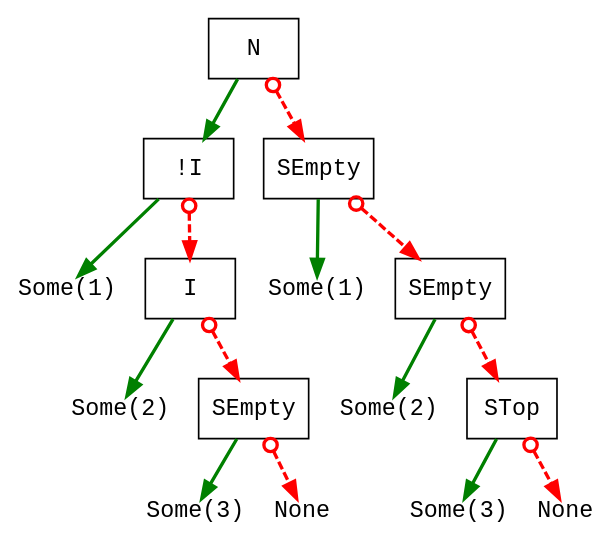
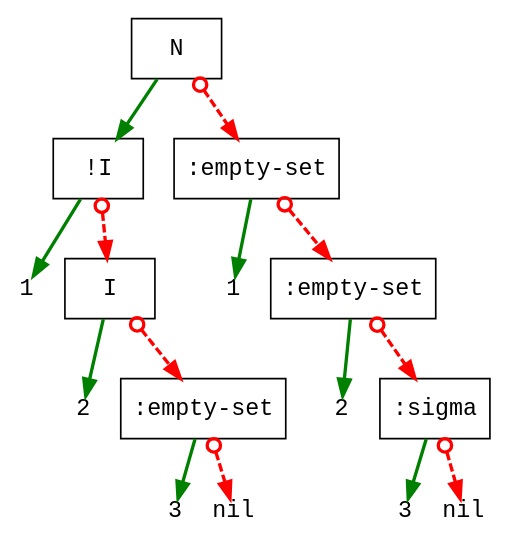
Before and after one commit to jimka2001/clojure-rte: the diagram in doc/reClojure.2025/reclojure.2025.slides.dot/ldd-4.dot, drawn with Graphviz. The commit also changed 13 other files, not shown here.

```diff
--- a/doc/reClojure.2025/reclojure.2025.slides.dot/ldd-4.dot
+++ b/doc/reClojure.2025/reclojure.2025.slides.dot/ldd-4.dot
@@ -1,53 +1,53 @@
 digraph G {
 node [ fontsize=14];
 bgcolor="#ffffff00" # RGBA (with alpha)
 
 8 [shape=box,label="N",fontname="Courier"]
 
 8 -> n1p [style=solid,color=green,penwidth=2]
 8 -> n1n [style=dashed,color=red,penwidth=2,arrowhead=normal,arrowtail=odot,dir=both]
 
 {rank=same n1p n1n }
 
 n1p [shape=box,label="!I",fontname="Courier"]
-n2p [shape=plain,label="Some(1)",fontname="Courier"]
+n2p [shape=plain,label="1",fontname="Courier"]
 n3p [shape=box,label="I",fontname="Courier"]
-n4p [shape=plain,label="Some(2)",fontname="Courier"]
-n5p [shape=box,label="SEmpty",fontname="Courier"]
-n6p [shape=plain,label="Some(3)",fontname="Courier"]
-n7p [shape=plain,label="None",fontname="Courier"]
+n4p [shape=plain,label="2",fontname="Courier"]
+n5p [shape=box,label=":empty-set",fontname="Courier"]
+n6p [shape=plain,label="3",fontname="Courier"]
+n7p [shape=plain,label="nil",fontname="Courier"]
 {rank=same n2p n3p }
 {rank=same n4p n5p }
 {rank=same n6p n7p }
 
 n1p -> n2p [style=solid,color=green,penwidth=2]
 n1p -> n3p [style=dashed,color=red,penwidth=2,arrowhead=normal,arrowtail=odot,dir=both]
 
 n3p -> n4p [style=solid,color=green,penwidth=2]
 n3p -> n5p [style=dashed,color=red,penwidth=2,arrowhead=normal,arrowtail=odot,dir=both]
 
 n5p -> n6p [style=solid,color=green,penwidth=2]
 n5p -> n7p [style=dashed,color=red,penwidth=2,arrowhead=normal,arrowtail=odot,dir=both]
 
 
-n1n [shape=box,label="SEmpty",fontname="Courier"]
-n2n [shape=plain,label="Some(1)",fontname="Courier"]
-n3n [shape=box,label="SEmpty",fontname="Courier"]
-n4n [shape=plain,label="Some(2)",fontname="Courier"]
-n5n [shape=box,label="STop",fontname="Courier"]
-n6n [shape=plain,label="Some(3)",fontname="Courier"]
-n7n [shape=plain,label="None",fontname="Courier"]
+n1n [shape=box,label=":empty-set",fontname="Courier"]
+n2n [shape=plain,label="1",fontname="Courier"]
+n3n [shape=box,label=":empty-set",fontname="Courier"]
+n4n [shape=plain,label="2",fontname="Courier"]
+n5n [shape=box,label=":sigma",fontname="Courier"]
+n6n [shape=plain,label="3",fontname="Courier"]
+n7n [shape=plain,label="nil",fontname="Courier"]
 {rank=same n2n n3n }
 {rank=same n4n n5n }
 {rank=same n6n n7n }
 
 n1n -> n2n [style=solid,color=green,penwidth=2]
 n1n -> n3n [style=dashed,color=red,penwidth=2,arrowhead=normal,arrowtail=odot,dir=both]
 
 n3n -> n4n [style=solid,color=green,penwidth=2]
 n3n -> n5n [style=dashed,color=red,penwidth=2,arrowhead=normal,arrowtail=odot,dir=both]
 
 n5n -> n6n [style=solid,color=green,penwidth=2]
 n5n -> n7n [style=dashed,color=red,penwidth=2,arrowhead=normal,arrowtail=odot,dir=both]
 
 }
```
